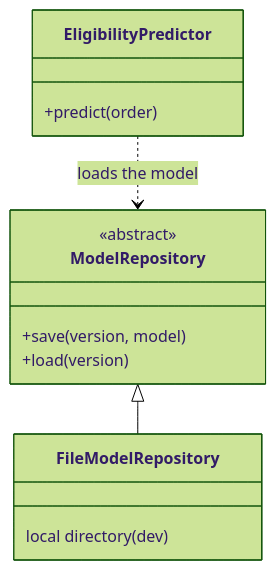
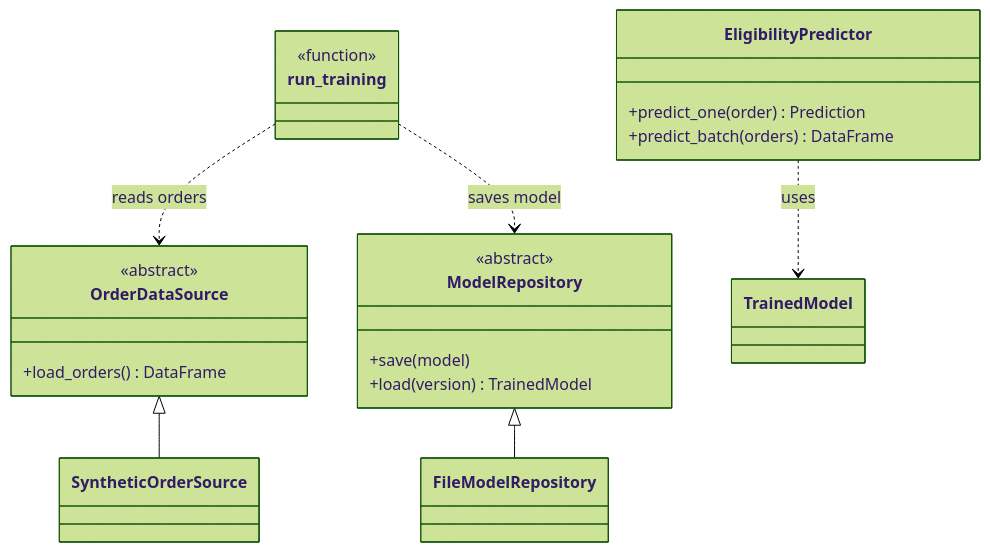
Before and after one commit to DavidBohorquez/industrialisation_ia_cloud: the diagram in README.md, drawn with Mermaid (forest theme). The commit also changed other lines of this file and 25 other files, not shown here.

````diff
--- a/README.md
+++ b/README.md
@@ -46,16 +100,26 @@
 ```mermaid
 classDiagram
+    class OrderDataSource {
+        <<abstract>>
+        +load_orders() DataFrame
+    }
     class ModelRepository {
         <<abstract>>
-        +save(version, model)
-        +load(version)
+        +save(model)
+        +load(version) TrainedModel
     }
-    class FileModelRepository {
-        local directory (dev)
+    class SyntheticOrderSource
+    class FileModelRepository
+    class run_training {
+        <<function>>
     }
     class EligibilityPredictor {
-        +predict(order)
+        +predict_one(order) Prediction
+        +predict_batch(orders) DataFrame
     }
+    OrderDataSource <|-- SyntheticOrderSource
     ModelRepository <|-- FileModelRepository
-    EligibilityPredictor ..> ModelRepository : loads the model
+    run_training ..> OrderDataSource : reads orders
+    run_training ..> ModelRepository : saves model
+    EligibilityPredictor ..> TrainedModel : uses
 ```
````
